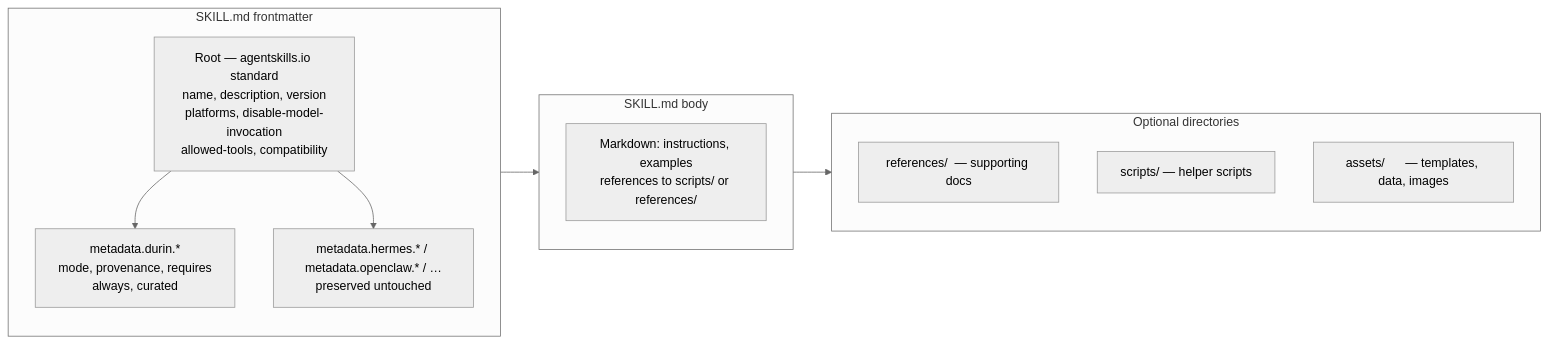
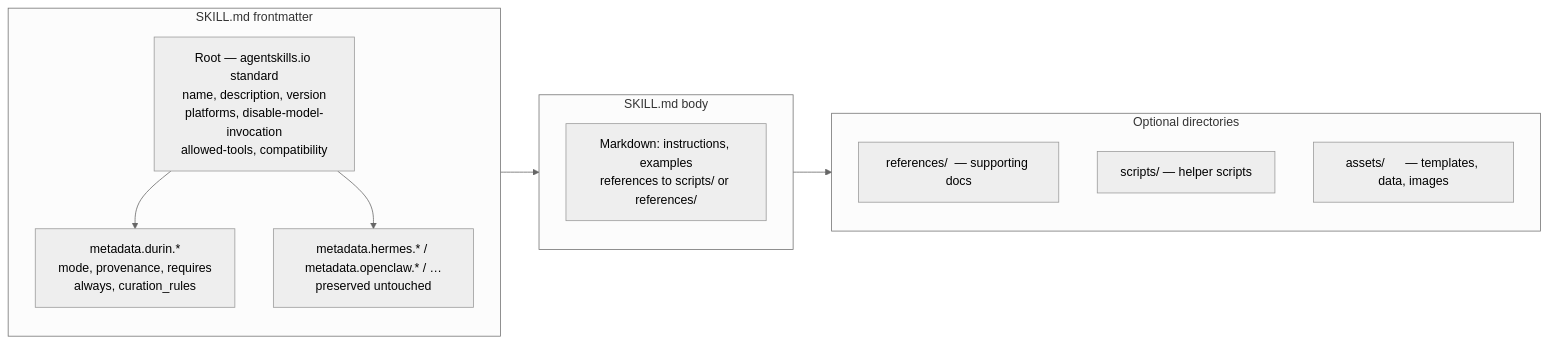
The diagram in docs/internals/skills/01_format_and_interop.md (mmarmol/durin), drawn with Mermaid (neutral theme) before and after one commit. The commit also changed other lines of this file and 38 other files, not shown here.

````diff
--- a/docs/internals/skills/01_format_and_interop.md
+++ b/docs/internals/skills/01_format_and_interop.md
@@ -44,21 +44,21 @@
 ```mermaid
 flowchart LR
     subgraph Frontmatter["SKILL.md frontmatter"]
         direction TB
         ROOT["Root — agentskills.io standard\nname, description, version\nplatforms, disable-model-invocation\nallowed-tools, compatibility"]
-        DURIN["metadata.durin.*\nmode, provenance, requires\nalways, curated"]
+        DURIN["metadata.durin.*\nmode, provenance, requires\nalways, curation_rules"]
         VENDOR["metadata.hermes.* / metadata.openclaw.* / …\npreserved untouched"]
     end
     subgraph Body["SKILL.md body"]
         MD["Markdown: instructions, examples\nreferences to scripts/ or references/"]
     end
     subgraph Assets["Optional directories"]
         REF["references/  — supporting docs"]
         SCR["scripts/     — helper scripts"]
         ASS["assets/      — templates, data, images"]
     end
     ROOT --> DURIN
     ROOT --> VENDOR
     Frontmatter --> Body
     Body --> Assets
 ```
````
